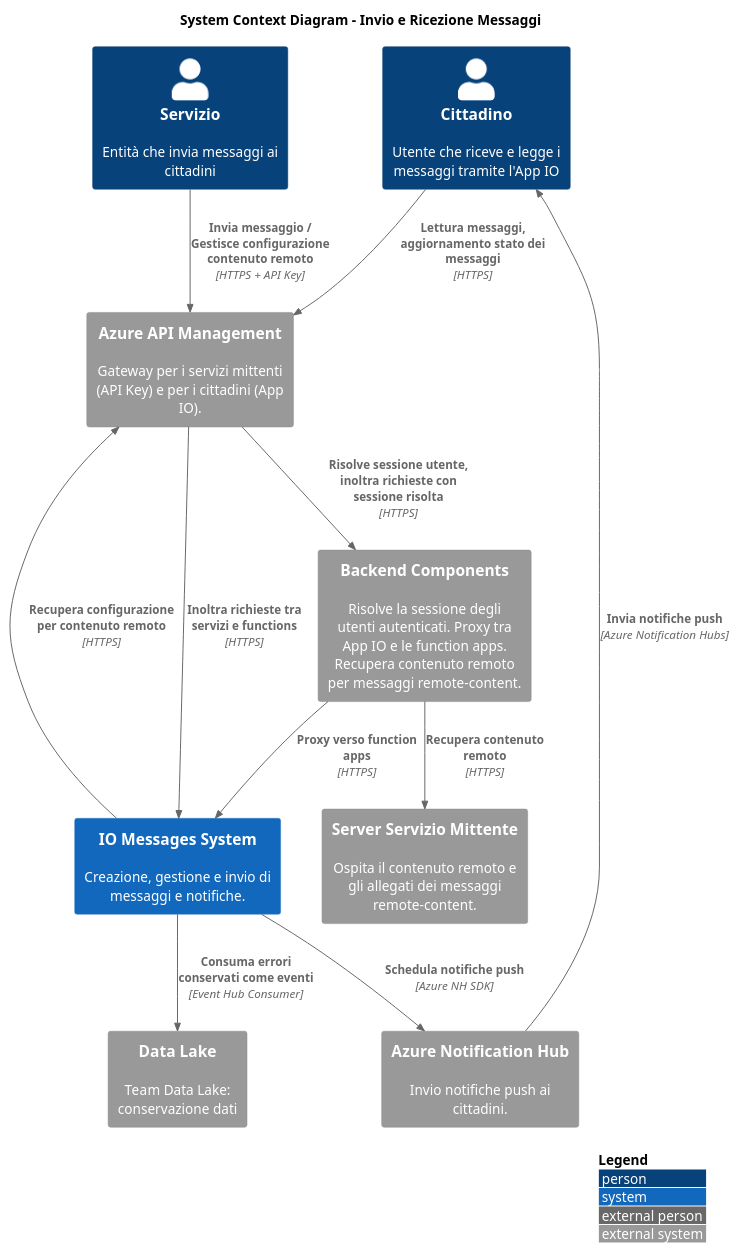
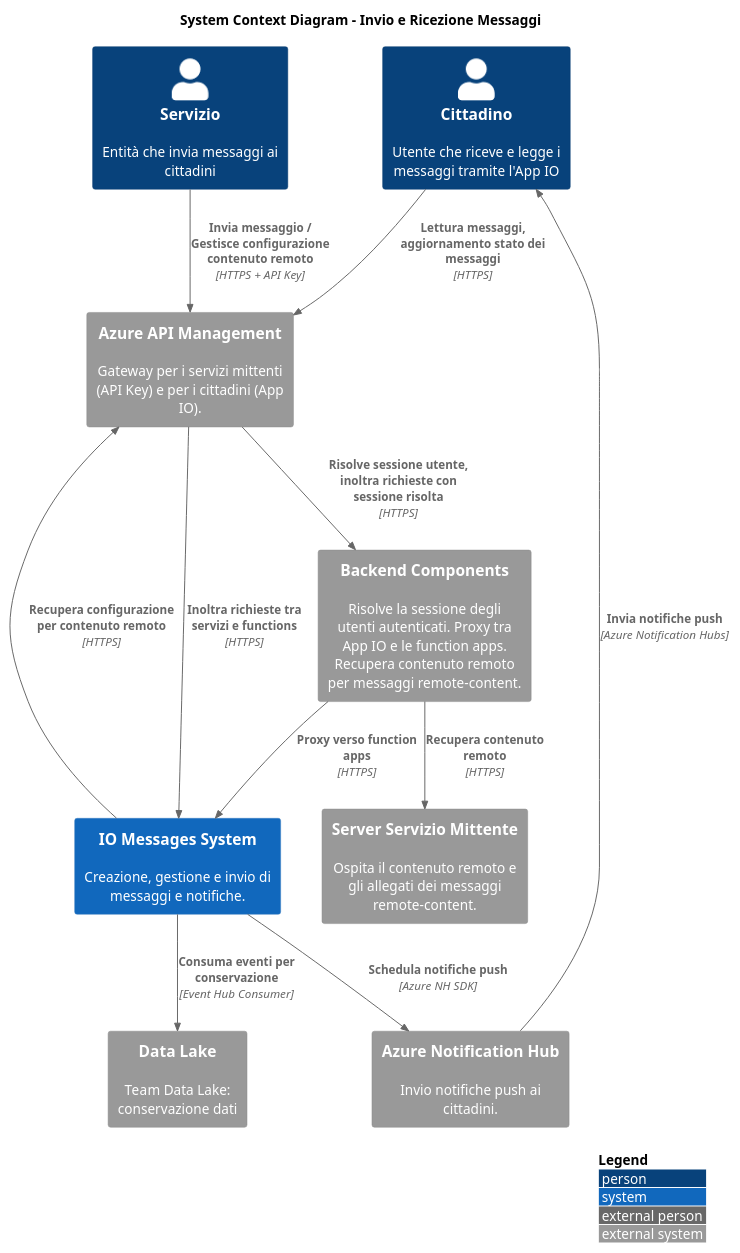
One commit to pagopa/io-messages changed the diagram in docs/c4/puml/system-context-diagram.puml. Above: the diagram before and after it, drawn with PlantUML. The commit also changed 1 other file, not shown here.

Commit message:
Fix system context diagram

```diff
--- a/docs/c4/puml/system-context-diagram.puml
+++ b/docs/c4/puml/system-context-diagram.puml
@@ -1,40 +1,40 @@
 @startuml System Context Diagram - IO Messages
 !include https://raw.githubusercontent.com/plantuml-stdlib/C4-PlantUML/master/C4_Context.puml
 
 title System Context Diagram - Invio e Ricezione Messaggi
 
 LAYOUT_WITH_LEGEND()
 
 ' Actors
 Person(citizen, "Cittadino", "Utente che riceve e legge i messaggi tramite l'App IO")
 Person(service, "Servizio", "Entità che invia messaggi ai cittadini")
 
 ' Main system
 System(io_messages, "IO Messages System", "Creazione, gestione e invio di messaggi e notifiche.")
 
 ' IO Platform external systems
 System_Ext(apim, "Azure API Management", "Gateway per i servizi mittenti (API Key) e per i cittadini (App IO).")
 System_Ext(app_backend, "Backend Components", "Risolve la sessione degli utenti autenticati. Proxy tra App IO e le function apps. Recupera contenuto remoto per messaggi remote-content.")
 
 ' Truly external systems
 System_Ext(notification_hub, "Azure Notification Hub", "Invio notifiche push ai cittadini.")
 System_Ext(remote_content_server, "Server Servizio Mittente", "Ospita il contenuto remoto e gli allegati dei messaggi remote-content.")
 System_Ext(data_lake, "Data Lake", "Team Data Lake: conservazione dati")
 
 ' Service sender flow
 Rel_D(service, apim, "Invia messaggio / Gestisce configurazione contenuto remoto", "HTTPS + API Key")
 Rel_D(apim, io_messages, "Inoltra richieste tra servizi e functions", "HTTPS")
 
 ' Citizen flow
 Rel_D(citizen, apim, "Lettura messaggi, aggiornamento stato dei messaggi", "HTTPS")
 Rel_D(apim, app_backend, "Risolve sessione utente, inoltra richieste con sessione risolta", "HTTPS")
 Rel_D(app_backend, io_messages, "Proxy verso function apps", "HTTPS")
 Rel_D(app_backend, remote_content_server, "Recupera contenuto remoto", "HTTPS")
 
 ' IO Messages outbound
 Rel_U(io_messages, apim, "Recupera configurazione per contenuto remoto", "HTTPS")
 Rel_D(io_messages, notification_hub, "Schedula notifiche push", "Azure NH SDK")
 Rel_U(notification_hub, citizen, "Invia notifiche push", "Azure Notification Hubs")
-Rel_D(io_messages, data_lake, "Consuma errori conservati come eventi", "Event Hub Consumer")
+Rel_D(io_messages, data_lake, "Consuma eventi per conservazione", "Event Hub Consumer")
 
 @enduml
```
